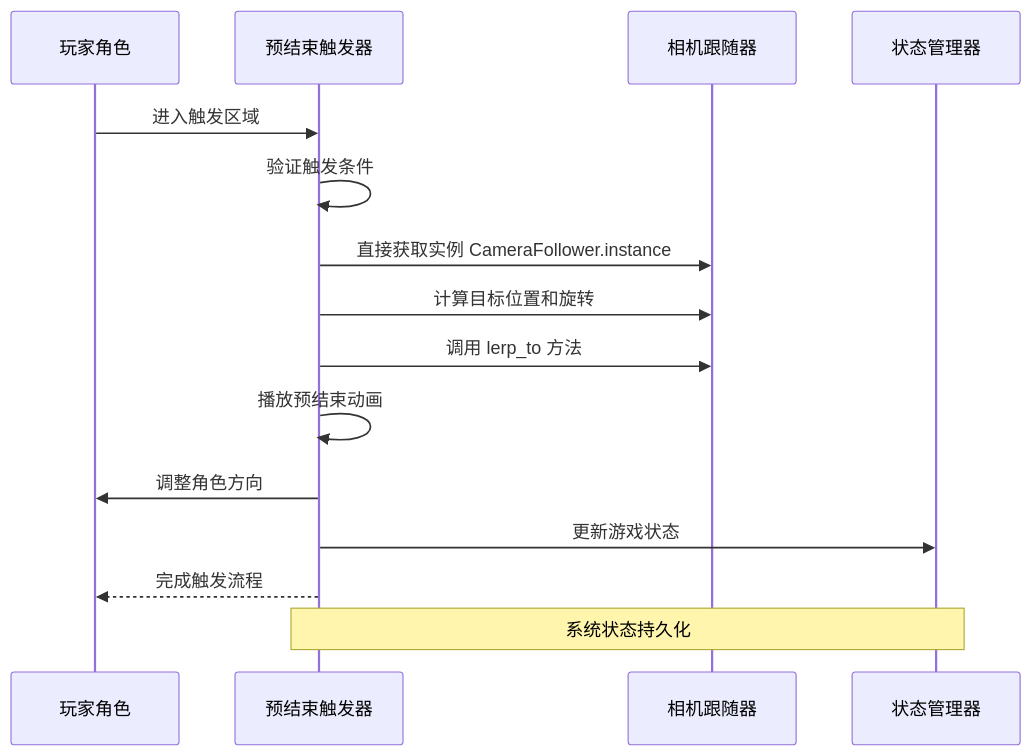
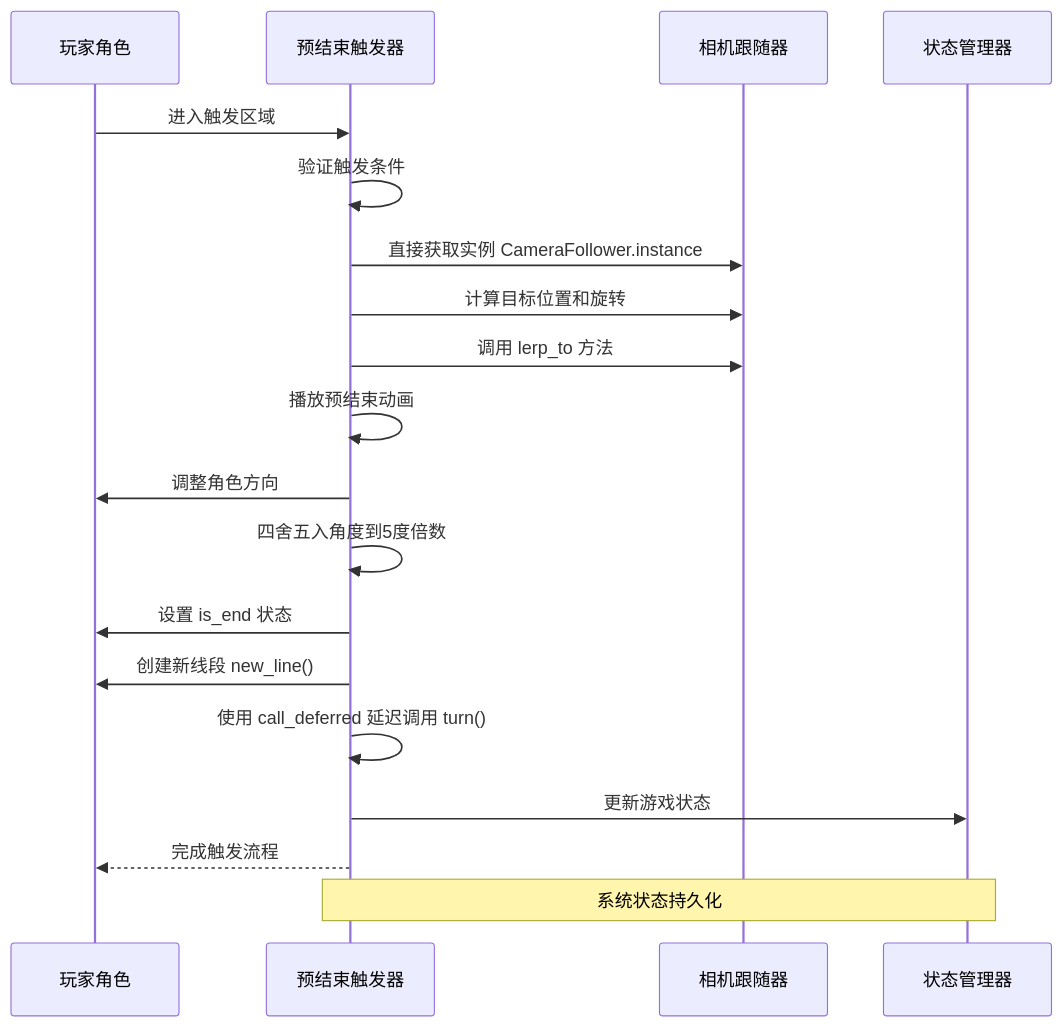
The second of 6 diagrams in .qoder/repowiki/zh/content/游戏系统/触发器系统/预结束触发器.md (godotline/godot-line), drawn with Mermaid before and after one commit. The commit also changed other lines of this file and 44 other files, not shown here.

````diff
--- a/.qoder/repowiki/zh/content/游戏系统/触发器系统/预结束触发器.md
+++ b/.qoder/repowiki/zh/content/游戏系统/触发器系统/预结束触发器.md
@@ -121,17 +121,21 @@
 ```mermaid
 sequenceDiagram
 participant Player as 玩家角色
 participant Trigger as 预结束触发器
 participant Camera as 相机跟随器
 participant State as 状态管理器
 Player->>Trigger : 进入触发区域
 Trigger->>Trigger : 验证触发条件
 Trigger->>Camera : 直接获取实例 CameraFollower.instance
 Trigger->>Camera : 计算目标位置和旋转
 Trigger->>Camera : 调用 lerp_to 方法
 Trigger->>Trigger : 播放预结束动画
 Trigger->>Player : 调整角色方向
+Trigger->>Trigger : 四舍五入角度到5度倍数
+Trigger->>Player : 设置 is_end 状态
+Trigger->>Player : 创建新线段 new_line()
+Trigger->>Trigger : 使用 call_deferred 延迟调用 turn()
 Trigger->>State : 更新游戏状态
 Trigger-->>Player : 完成触发流程
 Note over Trigger,State : 系统状态持久化
 ```
````
